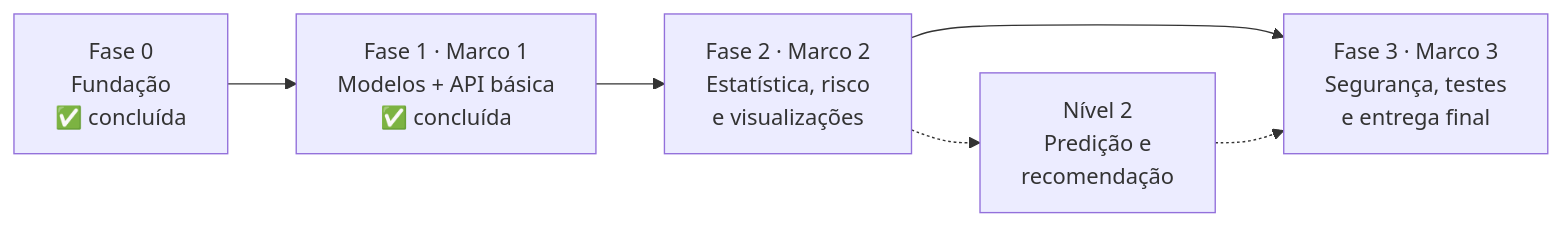
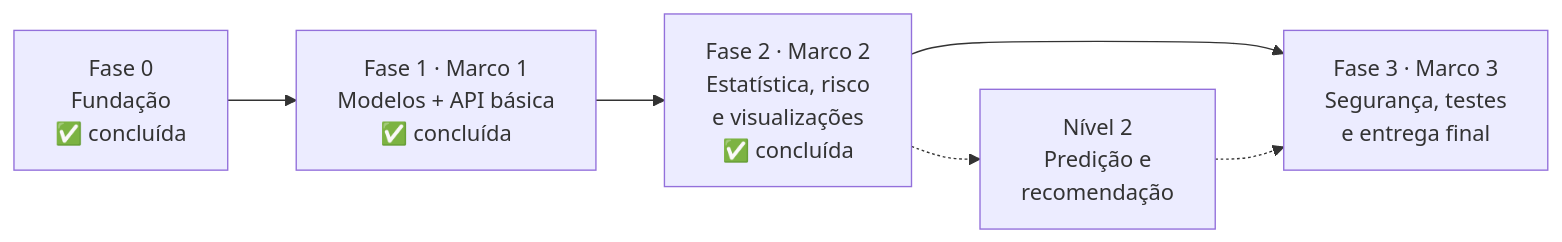
Before and after one commit to Victorfiallho/simpa: the diagram in ROADMAP.md, drawn with Mermaid. The commit also changed other lines of this file and 53 other files, not shown here.

First line of the commit message:
feat: conclui a Fase 2 (Marco 2)

````diff
--- a/ROADMAP.md
+++ b/ROADMAP.md
@@ -13,8 +13,8 @@
 ```mermaid
 flowchart LR
     F0["Fase 0<br/>Fundação<br/>✅ concluída"] --> F1["Fase 1 · Marco 1<br/>Modelos + API básica<br/>✅ concluída"]
-    F1 --> F2["Fase 2 · Marco 2<br/>Estatística, risco<br/>e visualizações"]
+    F1 --> F2["Fase 2 · Marco 2<br/>Estatística, risco<br/>e visualizações<br/>✅ concluída"]
     F2 --> F3["Fase 3 · Marco 3<br/>Segurança, testes<br/>e entrega final"]
     F2 -.-> N2["Nível 2<br/>Predição e<br/>recomendação"]
     N2 -.-> F3
 ```
````
